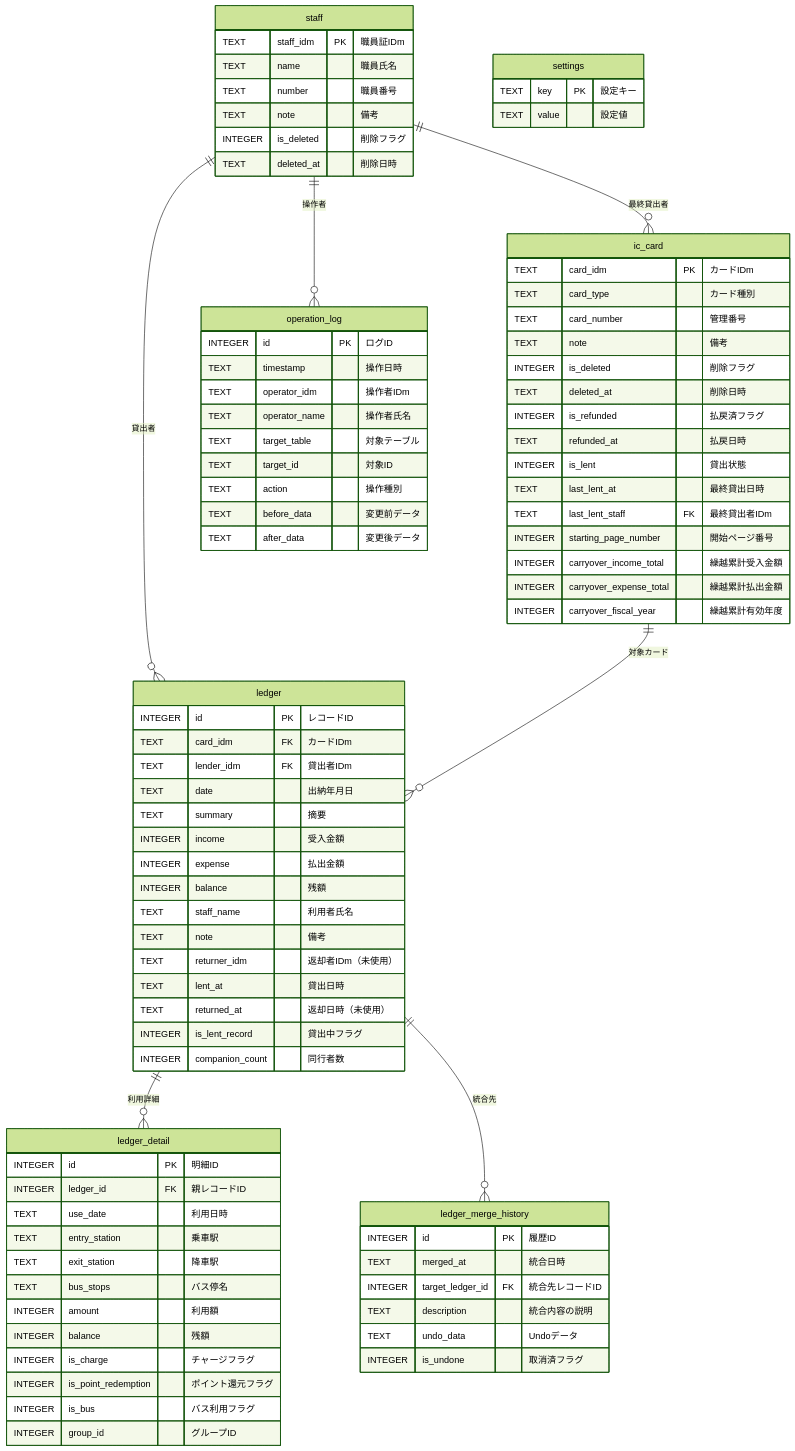
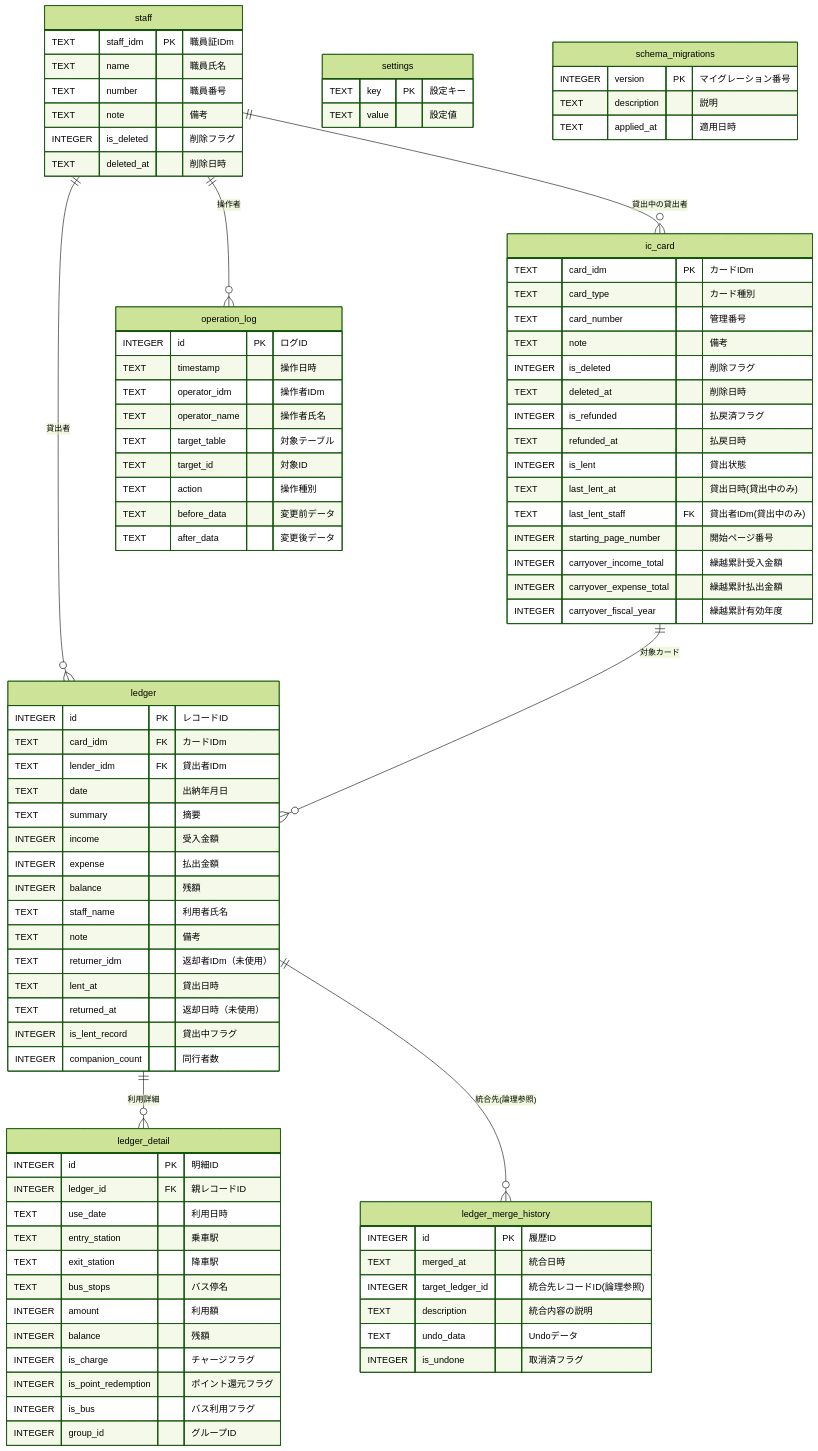
One commit to kuwayamamasayuki/ICCardManager changed the diagram in ICCardManager/docs/design/02_DB設計書.md. Above: the diagram before and after it, drawn with Mermaid (forest theme). The commit also changed other lines of this file and 6 other files, not shown here.

````diff
--- a/ICCardManager/docs/design/02_DB設計書.md
+++ b/ICCardManager/docs/design/02_DB設計書.md
@@ -57,10 +60,10 @@
 ```mermaid
 erDiagram
     staff ||--o{ ledger : "貸出者"
-    staff ||--o{ ic_card : "最終貸出者"
+    staff ||--o{ ic_card : "貸出中の貸出者"
     ic_card ||--o{ ledger : "対象カード"
     ledger ||--o{ ledger_detail : "利用詳細"
-    ledger ||--o{ ledger_merge_history : "統合先"
+    ledger ||--o{ ledger_merge_history : "統合先(論理参照)"
     staff ||--o{ operation_log : "操作者"
 
     staff {
@@ -82,8 +85,8 @@
         INTEGER is_refunded "払戻済フラグ"
         TEXT refunded_at "払戻日時"
         INTEGER is_lent "貸出状態"
-        TEXT last_lent_at "最終貸出日時"
-        TEXT last_lent_staff FK "最終貸出者IDm"
+        TEXT last_lent_at "貸出日時(貸出中のみ)"
+        TEXT last_lent_staff FK "貸出者IDm(貸出中のみ)"
         INTEGER starting_page_number "開始ページ番号"
         INTEGER carryover_income_total "繰越累計受入金額"
         INTEGER carryover_expense_total "繰越累計払出金額"
@@ -138,7 +141,7 @@
     ledger_merge_history {
         INTEGER id PK "履歴ID"
         TEXT merged_at "統合日時"
-        INTEGER target_ledger_id FK "統合先レコードID"
+        INTEGER target_ledger_id "統合先レコードID(論理参照)"
         TEXT description "統合内容の説明"
         TEXT undo_data "Undoデータ"
         INTEGER is_undone "取消済フラグ"
@@ -148,4 +151,10 @@
         TEXT key PK "設定キー"
         TEXT value "設定値"
     }
+
+    schema_migrations {
+        INTEGER version PK "マイグレーション番号"
+        TEXT description "説明"
+        TEXT applied_at "適用日時"
+    }
 ```
````
